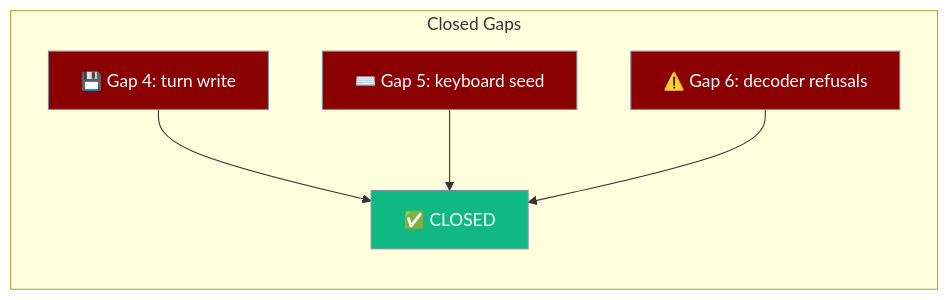
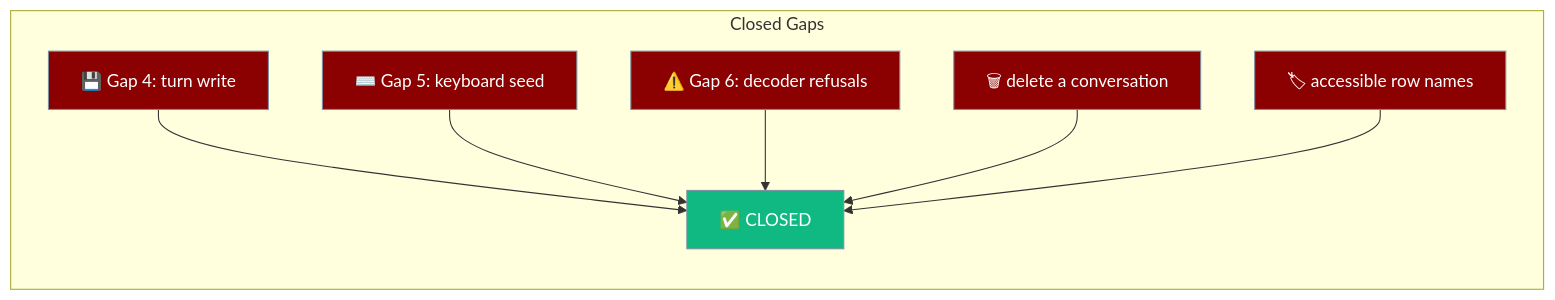
One commit to MervinPraison/PraisonAIDocs changed the second of 2 diagrams in docs/features/mobile/capabilities-and-gaps.mdx. Above: the diagram before and after it, drawn with Mermaid. The commit also changed other lines of this file and 3 other files, not shown here.

````diff
--- a/docs/features/mobile/capabilities-and-gaps.mdx
+++ b/docs/features/mobile/capabilities-and-gaps.mdx
@@ -33,14 +33,16 @@
 ```mermaid
 graph LR
     subgraph "Closed Gaps"
         G4[💾 Gap 4: turn write] --> C[✅ CLOSED]
         G5[⌨️ Gap 5: keyboard seed] --> C
         G6[⚠️ Gap 6: decoder refusals] --> C
+        G7[🗑 delete a conversation] --> C
+        G8[🏷 accessible row names] --> C
     end
 
     classDef gap fill:#8B0000,stroke:#7C90A0,color:#fff
     classDef done fill:#10B981,stroke:#7C90A0,color:#fff
 
-    class G4,G5,G6 gap
+    class G4,G5,G6,G7,G8 gap
     class C done
 ```
````
